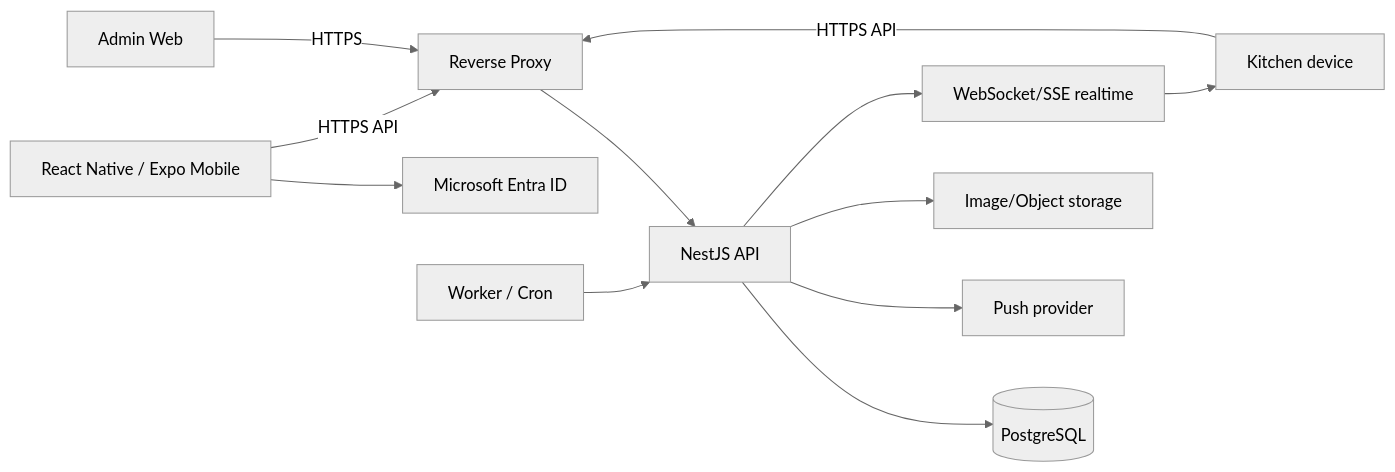
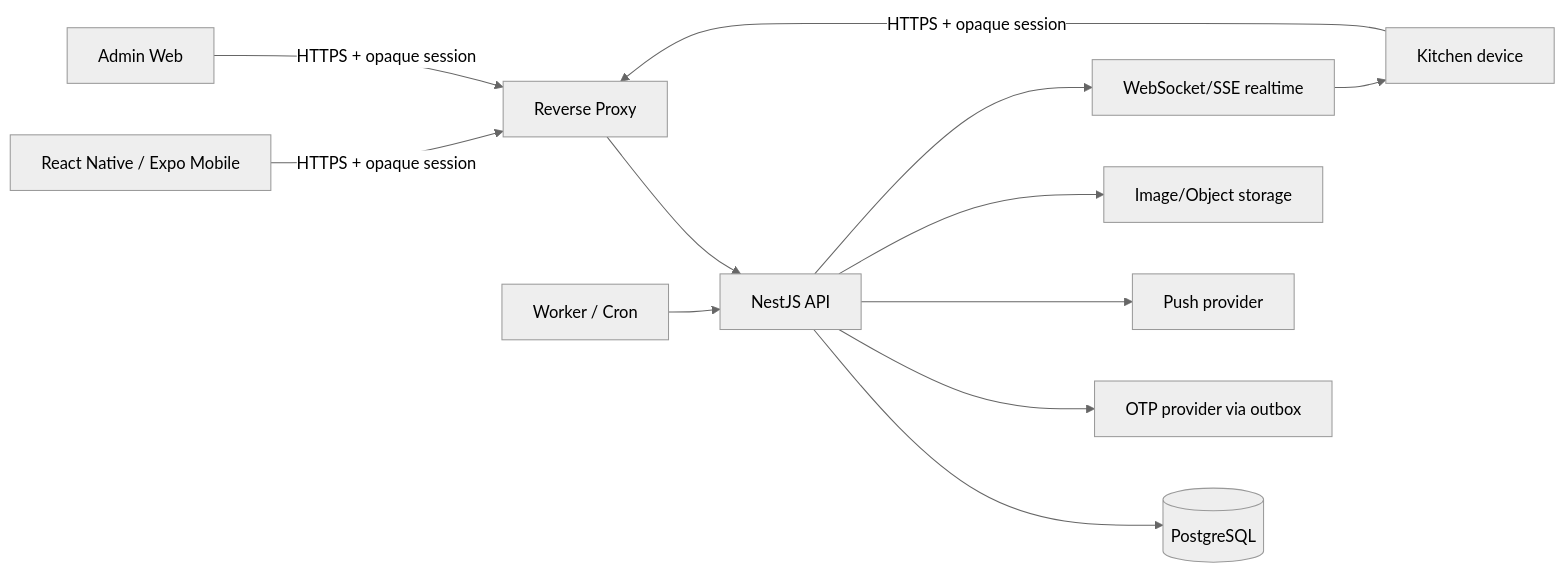
One commit to Wkiugt/IMeal-v3 changed the diagram in docs/02-technical-requirements.md. Above: the diagram before and after it, drawn with Mermaid (neutral theme). The commit also changed other lines of this file and 13 other files, not shown here.

````diff
--- a/docs/02-technical-requirements.md
+++ b/docs/02-technical-requirements.md
@@ -9,14 +9,14 @@
 ```mermaid
 flowchart LR
-    M[React Native / Expo Mobile] --> EN[Microsoft Entra ID]
-    M -->|HTTPS API| RP[Reverse Proxy]
-    K[Kitchen device] -->|HTTPS API| RP
-    AW[Admin Web] -->|HTTPS| RP
+    M[React Native / Expo Mobile] -->|HTTPS + opaque session| RP[Reverse Proxy]
+    K[Kitchen device] -->|HTTPS + opaque session| RP
+    AW[Admin Web] -->|HTTPS + opaque session| RP
     RP --> API[NestJS API]
     API --> PG[(PostgreSQL)]
+    API --> OTP[OTP provider via outbox]
     API --> PUSH[Push provider]
     API --> IMG[Image/Object storage]
     JOB[Worker / Cron] --> API
     API --> WS[WebSocket/SSE realtime]
     WS --> K
 ```
````
